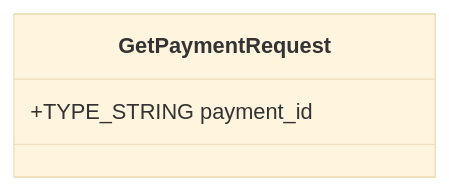
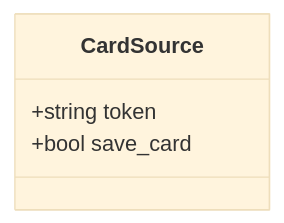
Diagram 34 of 44 in test-monorepo/docs/consolidated/PaymentService.md (kyivinua/root), drawn with Mermaid (base theme) before and after one commit. The commit also changed other lines of this file and 5 other files, not shown here.

````diff
--- a/test-monorepo/docs/consolidated/PaymentService.md
+++ b/test-monorepo/docs/consolidated/PaymentService.md
@@ -589,6 +1792,7 @@
 ```mermaid
 classDiagram
-    class GetPaymentRequest {
-        +TYPE_STRING payment_id
+    class CardSource {
+        +string token
+        +bool save_card
     }
 ```
````
